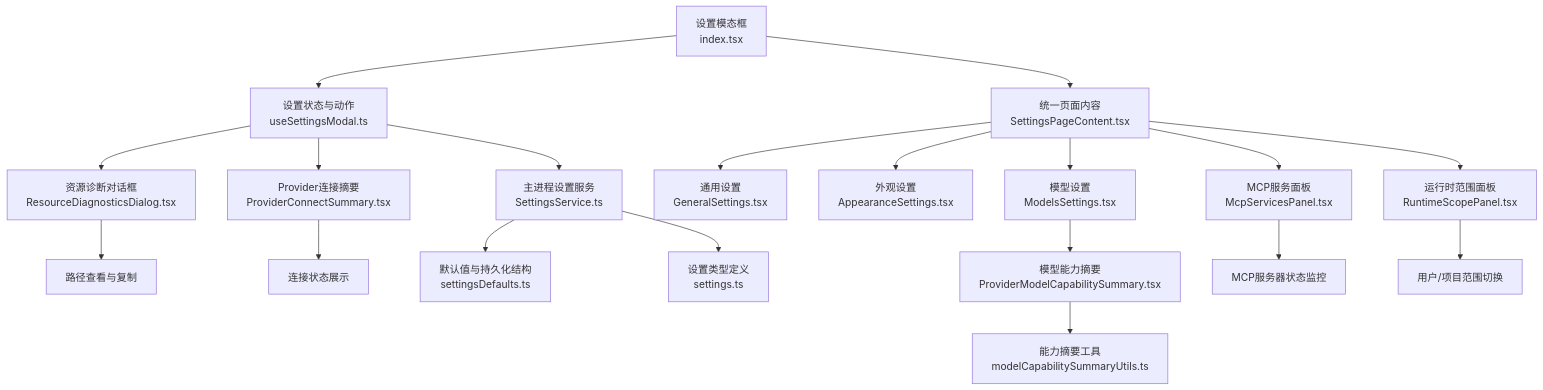
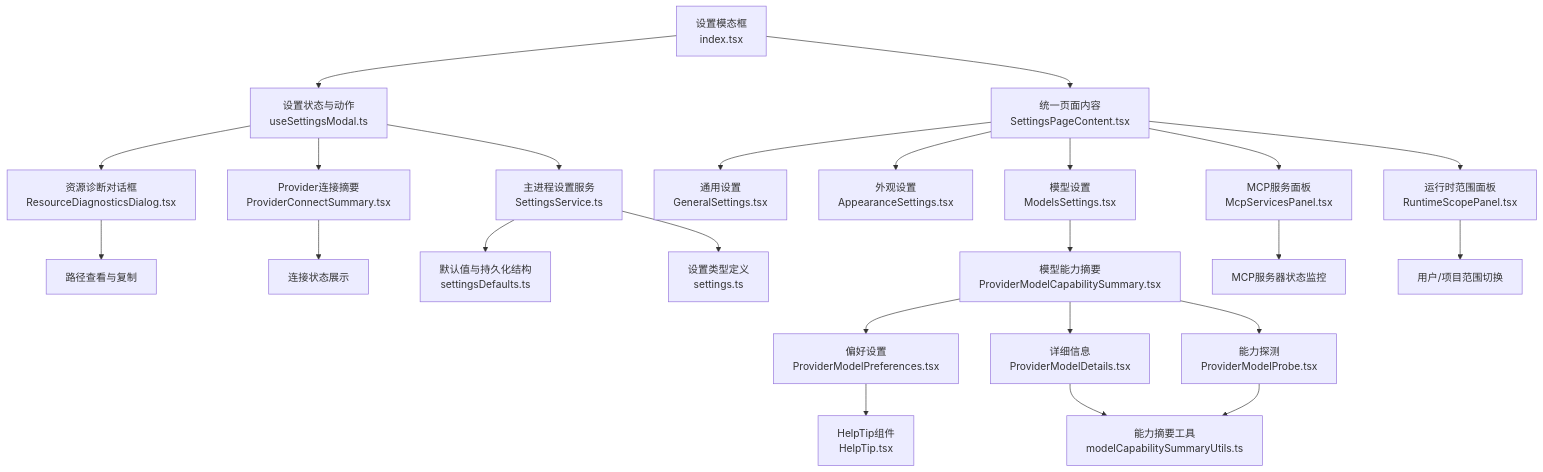
Before and after one commit to haolange/RDC-Agent: the first of 4 diagrams in .qoder/repowiki/zh/content/用户界面/设置面板/设置面板.md, drawn with Mermaid. The commit also changed other lines of this file and 71 other files, not shown here.

````diff
--- a/.qoder/repowiki/zh/content/用户界面/设置面板/设置面板.md
+++ b/.qoder/repowiki/zh/content/用户界面/设置面板/设置面板.md
@@ -63,21 +67,26 @@
 ```mermaid
 graph TB
 A["设置模态框<br/>index.tsx"] --> B["设置状态与动作<br/>useSettingsModal.ts"]
 A --> C["统一页面内容<br/>SettingsPageContent.tsx"]
 C --> D["通用设置<br/>GeneralSettings.tsx"]
 C --> E["外观设置<br/>AppearanceSettings.tsx"]
 C --> F["模型设置<br/>ModelsSettings.tsx"]
 C --> G["MCP服务面板<br/>McpServicesPanel.tsx"]
 C --> H["运行时范围面板<br/>RuntimeScopePanel.tsx"]
 B --> I["资源诊断对话框<br/>ResourceDiagnosticsDialog.tsx"]
 B --> J["Provider连接摘要<br/>ProviderConnectSummary.tsx"]
 H --> K["用户/项目范围切换"]
 I --> L["路径查看与复制"]
 J --> M["连接状态展示"]
 G --> N["MCP服务器状态监控"]
 B --> O["主进程设置服务<br/>SettingsService.ts"]
 O --> P["默认值与持久化结构<br/>settingsDefaults.ts"]
 O --> Q["设置类型定义<br/>settings.ts"]
 F --> R["模型能力摘要<br/>ProviderModelCapabilitySummary.tsx"]
-R --> S["能力摘要工具<br/>modelCapabilitySummaryUtils.ts"]
+R --> S["偏好设置<br/>ProviderModelPreferences.tsx"]
+R --> T["详细信息<br/>ProviderModelDetails.tsx"]
+R --> U["能力探测<br/>ProviderModelProbe.tsx"]
+S --> V["HelpTip组件<br/>HelpTip.tsx"]
+T --> W["能力摘要工具<br/>modelCapabilitySummaryUtils.ts"]
+U --> W
 ```
````
